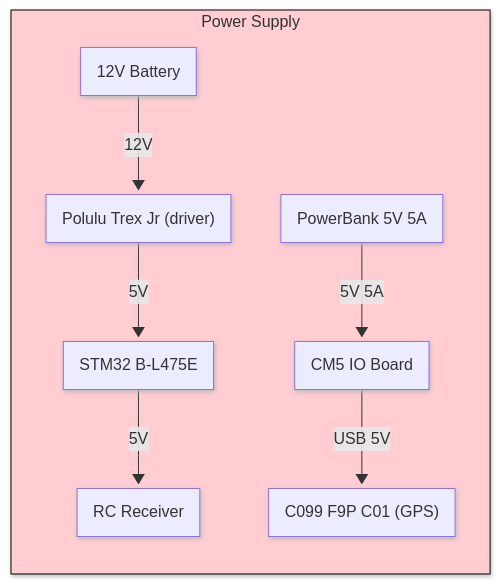
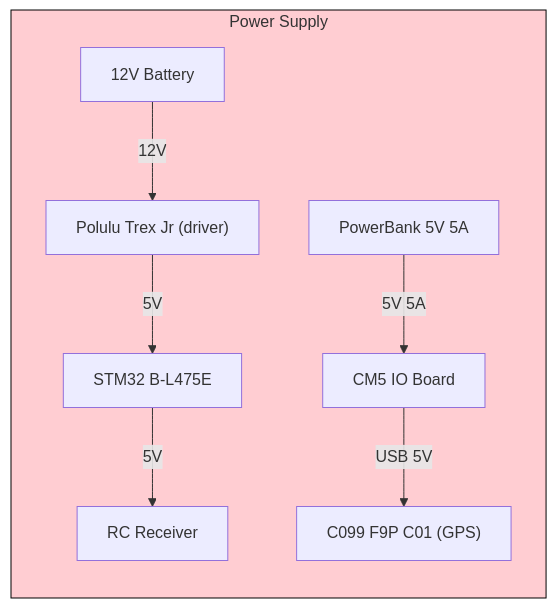
The first of 3 diagrams in readme.md (HDieTox/Ros2_Rover), drawn with Mermaid before and after one commit. The commit also changed other lines of this file, not shown here.

````diff
--- a/readme.md
+++ b/readme.md
@@ -23,26 +23,29 @@
 ```mermaid
 ---
 config:
   theme: default
-  layout: dagre
-  look: neo
+  themeVariables:
+    background: '#F6F8FA'  # Gris très clair, proche du fond GitHub clair
+    primaryColor: '#000000' # Ajuster les couleurs des éléments si besoin
+    secondaryColor: '#555555'
+    tertiaryColor: '#777777'
 ---
 flowchart BT
   subgraph subGraph0["Power Supply"]
     Battery12V["12V Battery"]
     TrexJr["Polulu Trex Jr (driver)"]
     STM32Power["STM32 B-L475E"]
     ReceiverRC["RC Receiver"]
     PowerBank5V["PowerBank 5V 5A"]
     CM5_IOBoard["CM5 IO Board"]
     C099F9PPower["C099 F9P C01 (GPS)"]
   end
 
   Battery12V -- 12V --> TrexJr
   TrexJr -- 5V --> STM32Power
   STM32Power -- 5V --> ReceiverRC
   PowerBank5V -- 5V 5A --> CM5_IOBoard
   CM5_IOBoard -- USB 5V --> C099F9PPower
 
   style subGraph0 fill:#FFCDD2,stroke:#000000
 ```
````
